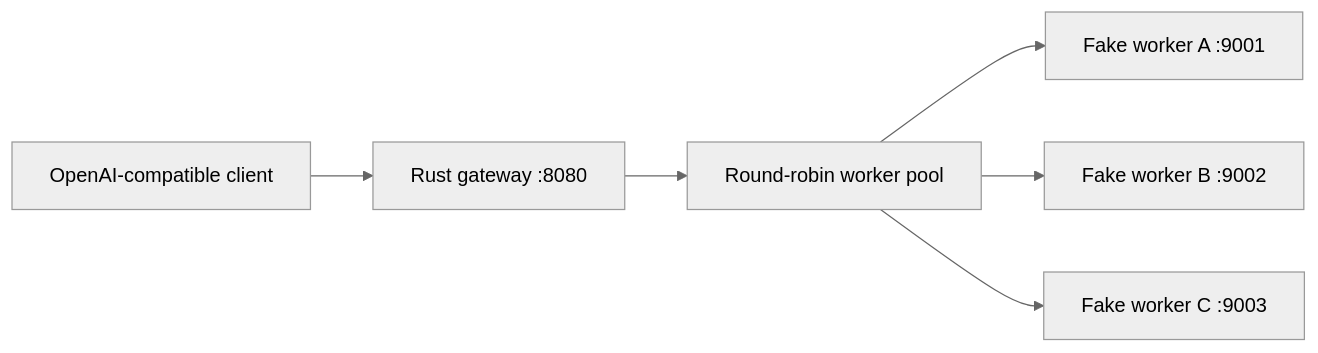
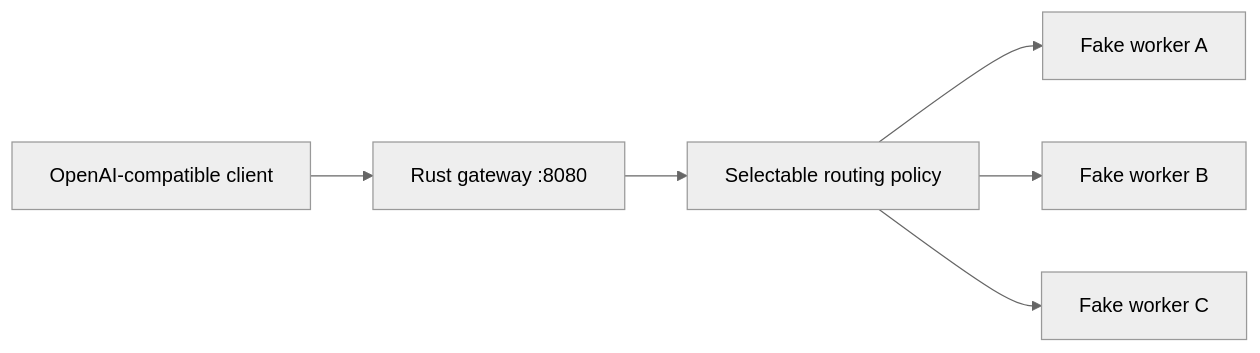
The diagram in README.md (conan505/inferLab), drawn with Mermaid (neutral theme) before and after one commit. The commit also changed other lines of this file and 17 other files, not shown here.

````diff
--- a/README.md
+++ b/README.md
@@ -14,8 +14,8 @@
 ```mermaid
 flowchart LR
     C["OpenAI-compatible client"] --> G["Rust gateway :8080"]
-    G --> RR["Round-robin worker pool"]
-    RR --> A["Fake worker A :9001"]
-    RR --> B["Fake worker B :9002"]
-    RR --> C2["Fake worker C :9003"]
+    G --> P["Selectable routing policy"]
+    P --> A["Fake worker A"]
+    P --> B["Fake worker B"]
+    P --> C2["Fake worker C"]
 ```
````
